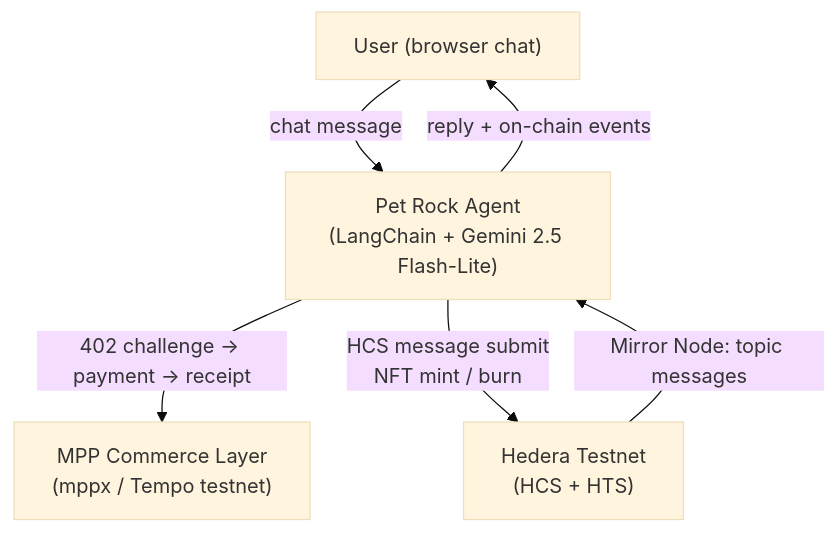
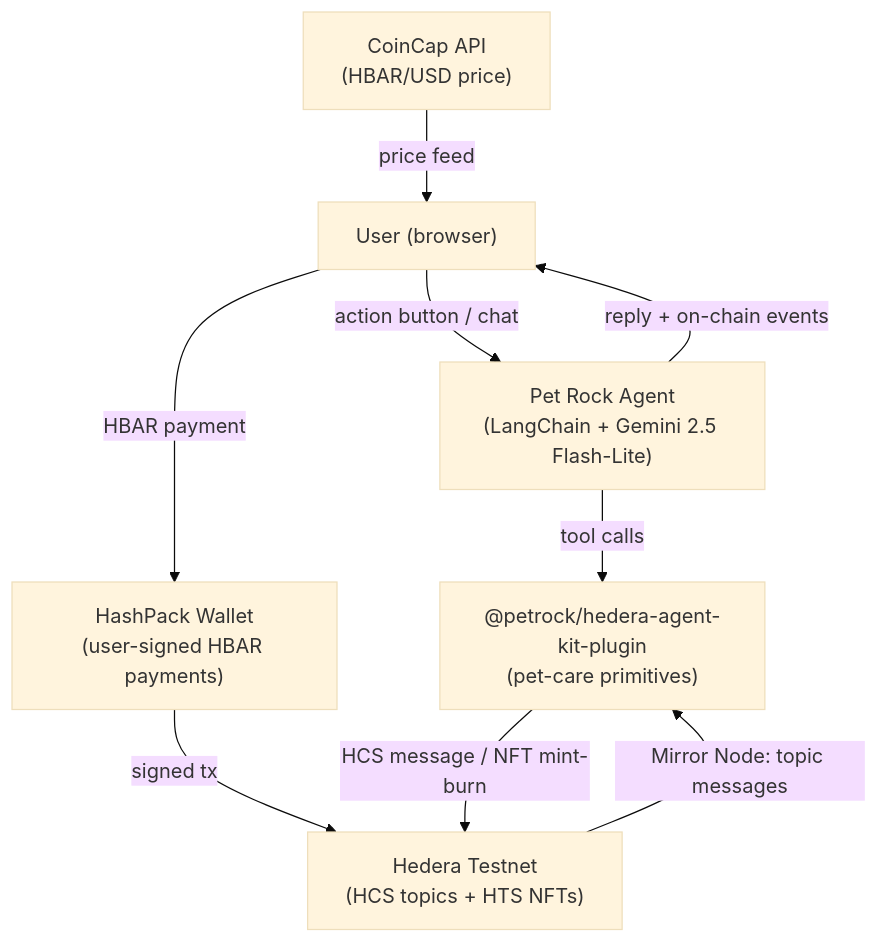
Before and after one commit to 0xredcap/petrock--v2: the diagram in README.md, drawn with Mermaid (base theme). The commit also changed other lines of this file, not shown here.

First line of the commit message:
docs: update READMEs, credit AI Town assets, architecture diagram

````diff
--- a/README.md
+++ b/README.md
@@ -13,13 +13,18 @@
 ```mermaid
 graph TD
-    User["User (browser chat)"]
+    User["User (browser)"]
+    HashPack["HashPack Wallet\n(user-signed HBAR payments)"]
+    Plugin["@petrock/hedera-agent-kit-plugin\n(pet-care primitives)"]
     Agent["Pet Rock Agent\n(LangChain + Gemini 2.5 Flash-Lite)"]
-    MPP["MPP Commerce Layer\n(mppx / Tempo testnet)"]
-    Hedera["Hedera Testnet\n(HCS + HTS)"]
+    Hedera["Hedera Testnet\n(HCS topics + HTS NFTs)"]
+    CoinCap["CoinCap API\n(HBAR/USD price)"]
 
-    User -->|"chat message"| Agent
-    Agent -->|"402 challenge → payment → receipt"| MPP
-    Agent -->|"HCS message submit\nNFT mint / burn"| Hedera
-    Hedera -->|"Mirror Node: topic messages"| Agent
+    User -->|"action button / chat"| Agent
+    User -->|"HBAR payment"| HashPack
+    HashPack -->|"signed tx"| Hedera
+    Agent -->|"tool calls"| Plugin
+    Plugin -->|"HCS message / NFT mint-burn"| Hedera
+    Hedera -->|"Mirror Node: topic messages"| Plugin
     Agent -->|"reply + on-chain events"| User
+    CoinCap -->|"price feed"| User
 ```
````
